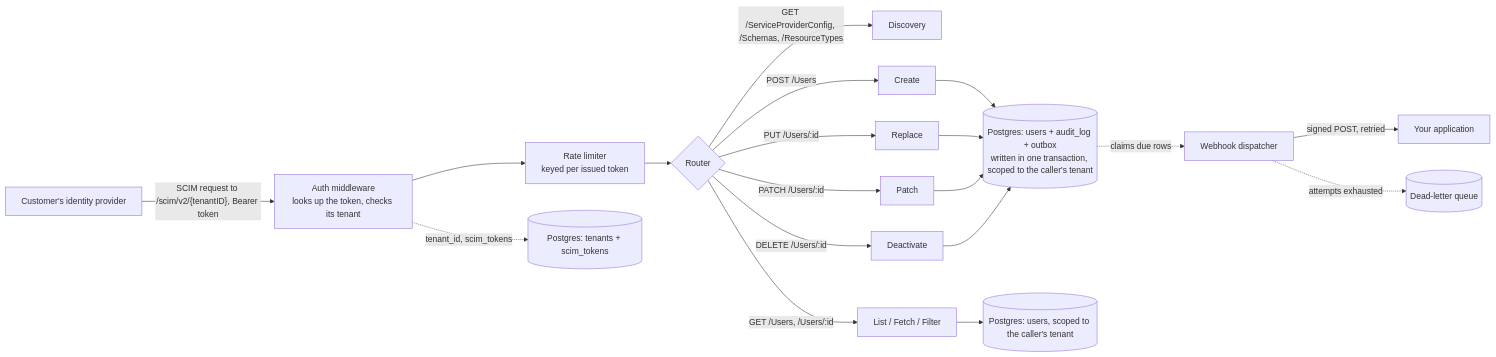
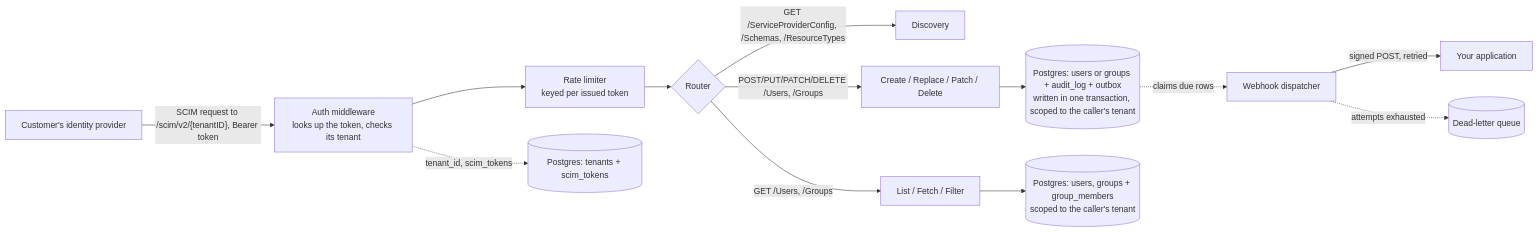
The diagram in README.md (meghamahna/SCIMage), drawn with Mermaid before and after one commit. The commit also changed other lines of this file and 11 other files, not shown here.

````diff
--- a/README.md
+++ b/README.md
@@ -55,21 +55,15 @@
 ```mermaid
 flowchart LR
     IDP[Customer's identity provider] -->|"SCIM request to /scim/v2/{tenantID}, Bearer token"| AUTH[Auth middleware<br/>looks up the token, checks its tenant]
     AUTH --> RL[Rate limiter<br/>keyed per issued token]
     RL --> ROUTER{Router}
     ROUTER -->|GET /ServiceProviderConfig, /Schemas, /ResourceTypes| DISCOVERY[Discovery]
-    ROUTER -->|POST /Users| CREATE[Create]
-    ROUTER -->|GET /Users, /Users/:id| READ[List / Fetch / Filter]
-    ROUTER -->|PUT /Users/:id| UPDATE[Replace]
-    ROUTER -->|PATCH /Users/:id| PATCHOP[Patch]
-    ROUTER -->|DELETE /Users/:id| DEACTIVATE[Deactivate]
-    CREATE --> TX[("Postgres: users + audit_log + outbox<br/>written in one transaction, scoped to the caller's tenant")]
-    UPDATE --> TX
-    PATCHOP --> TX
-    DEACTIVATE --> TX
-    READ --> DB[("Postgres: users, scoped to the caller's tenant")]
+    ROUTER -->|"POST/PUT/PATCH/DELETE /Users, /Groups"| MUTATE[Create / Replace / Patch / Delete]
+    ROUTER -->|"GET /Users, /Groups"| READ[List / Fetch / Filter]
+    MUTATE --> TX[("Postgres: users or groups + audit_log + outbox<br/>written in one transaction, scoped to the caller's tenant")]
+    READ --> DB[("Postgres: users, groups + group_members<br/>scoped to the caller's tenant")]
     AUTH -.->|"tenant_id, scim_tokens"| TENANTS[("Postgres: tenants + scim_tokens")]
     TX -.->|claims due rows| DISPATCH[Webhook dispatcher]
     DISPATCH -->|"signed POST, retried"| APP[Your application]
     DISPATCH -.->|"attempts exhausted"| DLQ[("Dead-letter queue")]
 ```
````
